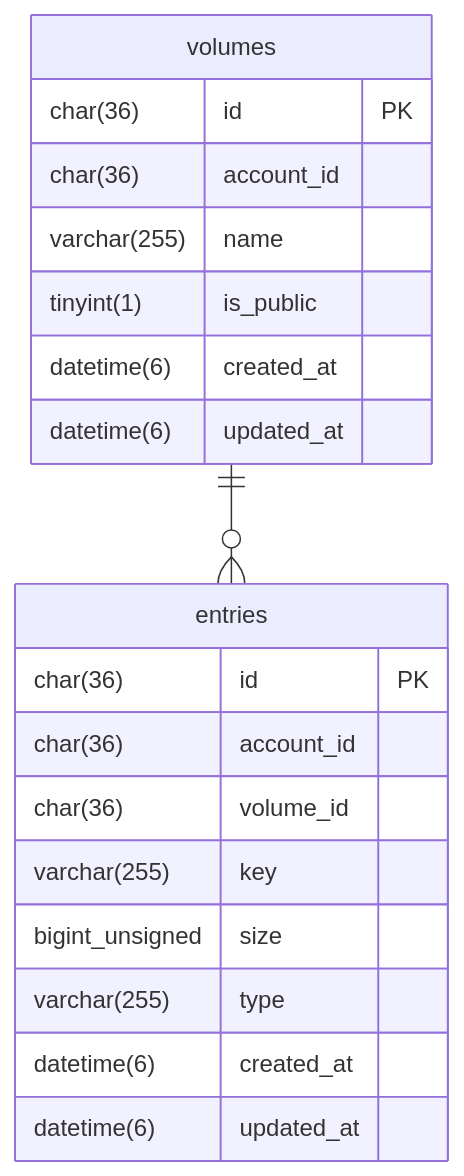
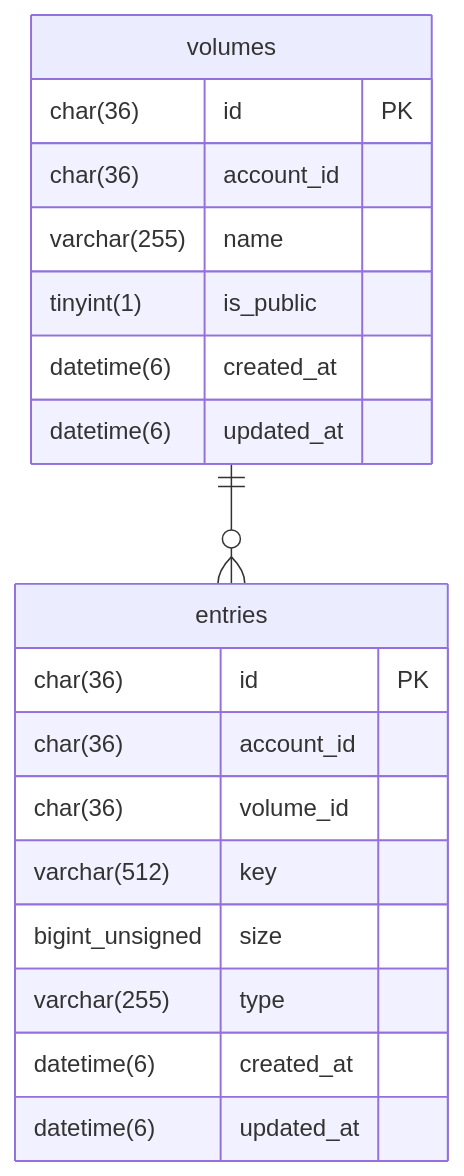
The diagram in docs/er-diagram.md (atsumarukun/holos-storage-api), drawn with Mermaid before and after one commit. The commit also changed 1 other file, not shown here.

Commit message:
update: entriesテーブルのキーの長さを512に変更.

````diff
--- a/docs/er-diagram.md
+++ b/docs/er-diagram.md
@@ -1,25 +1,25 @@
 ```mermaid
 erDiagram
 
 volumes {
   char(36) id PK
   char(36) account_id
   varchar(255) name
   tinyint(1) is_public
   datetime(6) created_at
   datetime(6) updated_at
 }
 
 entries {
   char(36) id PK
   char(36) account_id
   char(36) volume_id
-  varchar(255) key
+  varchar(512) key
   bigint_unsigned size
   varchar(255) type
   datetime(6) created_at
   datetime(6) updated_at
 }
 
 volumes ||--o{ entries: ""
 ```
````
